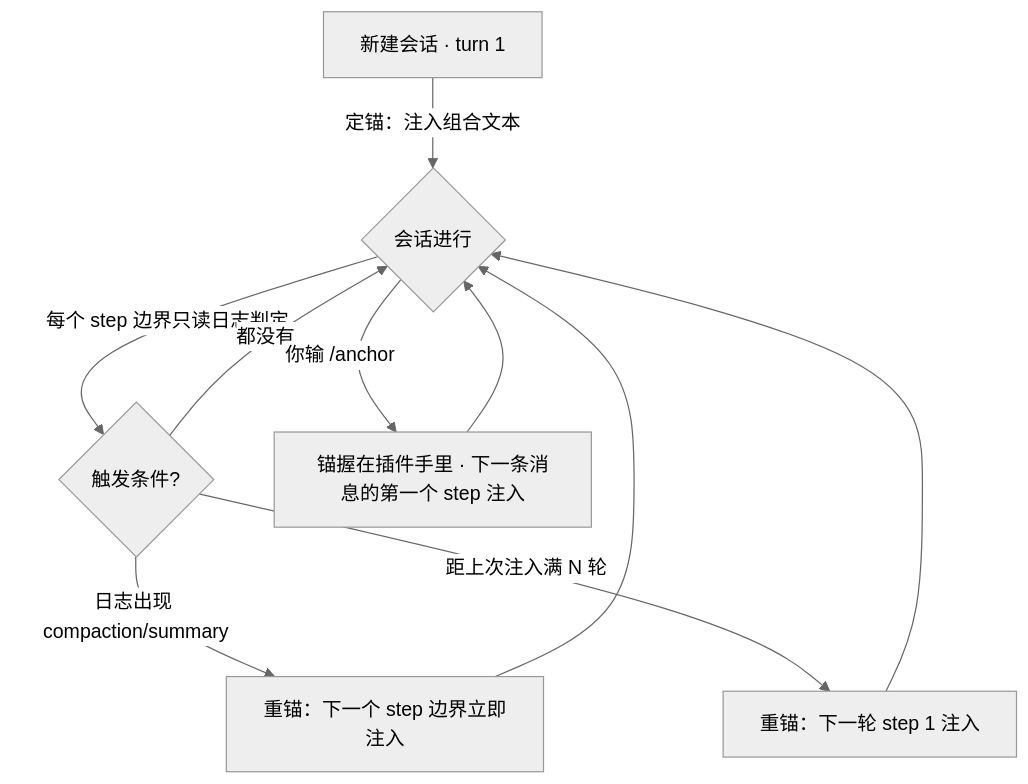
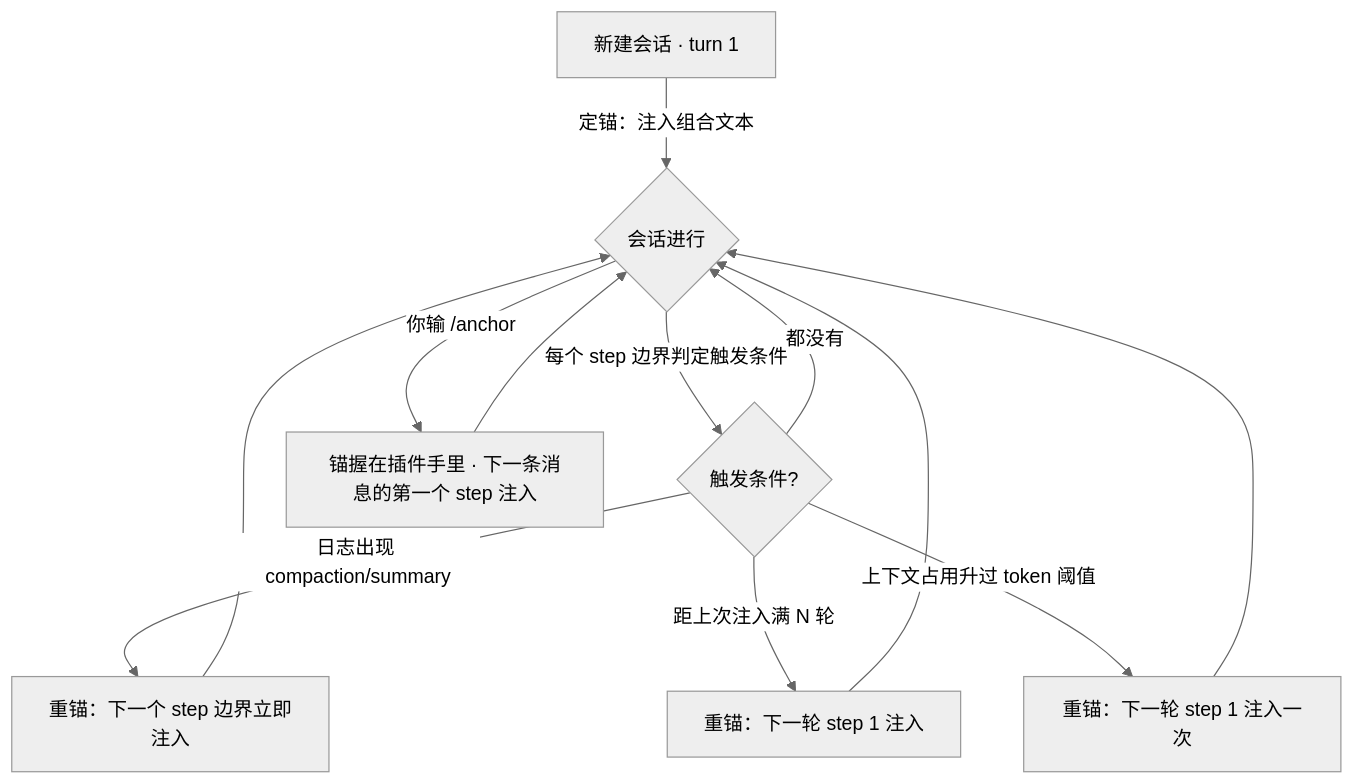
One commit to yeastcloud/dsh-anchor changed the diagram in README.md. Above: the diagram before and after it, drawn with Mermaid (neutral theme). The commit also changed other lines of this file and 16 other files, not shown here.

````diff
--- a/README.md
+++ b/README.md
@@ -84,12 +85,14 @@
 ```mermaid
 graph TD
   A[新建会话 · turn 1] -->|定锚：注入组合文本| B{会话进行}
-  B -->|每个 step 边界只读日志判定| C{触发条件?}
+  B -->|每个 step 边界判定触发条件| C{触发条件?}
   C -->|日志出现 compaction/summary| D[重锚：下一个 step 边界立即注入]
   C -->|距上次注入满 N 轮| E[重锚：下一轮 step 1 注入]
+  C -->|上下文占用升过 token 阈值| G[重锚：下一轮 step 1 注入一次]
   C -->|都没有| B
   D --> B
   E --> B
+  G --> B
   B -->|你输 /anchor| F[锚握在插件手里 · 下一条消息的第一个 step 注入]
   F --> B
 ```
````
